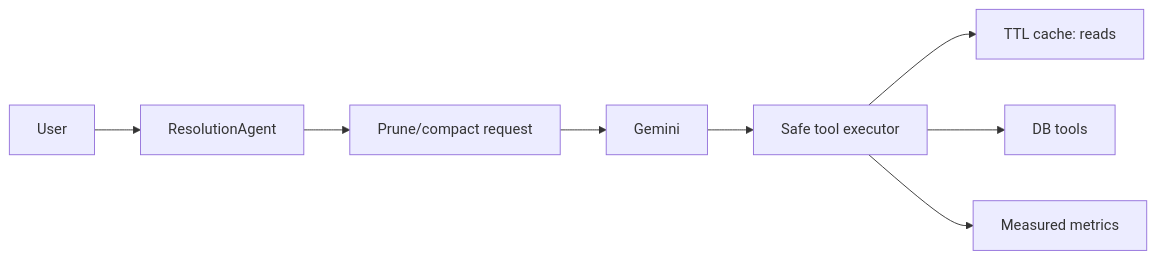
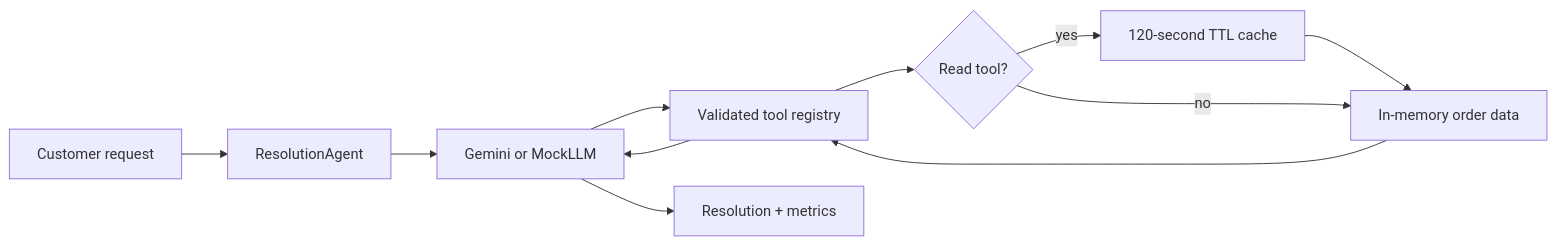
Before and after one commit to deepraj-07/order-resolution-agent: the diagram in README.md, drawn with Mermaid. The commit also changed other lines of this file, not shown here.

````diff
--- a/README.md
+++ b/README.md
@@ -174,10 +46,11 @@
 ```mermaid
 flowchart LR
-  U[User] --> A[ResolutionAgent]
-  A --> P[Prune/compact request]
-  P --> G[Gemini]
-  G --> E[Safe tool executor]
-  E --> C[TTL cache: reads]
-  E --> D[DB tools]
-  E --> M[Measured metrics]
+    U[Customer request] --> A[ResolutionAgent]
+    A --> G[Gemini or MockLLM]
+    G --> R[Validated tool registry]
+    R --> C{Read tool?}
+    C -->|yes| T[120-second TTL cache]
+    T --> D[In-memory order data]
+    C -->|no| D
+    D --> R --> G --> O[Resolution + metrics]
 ```
````
